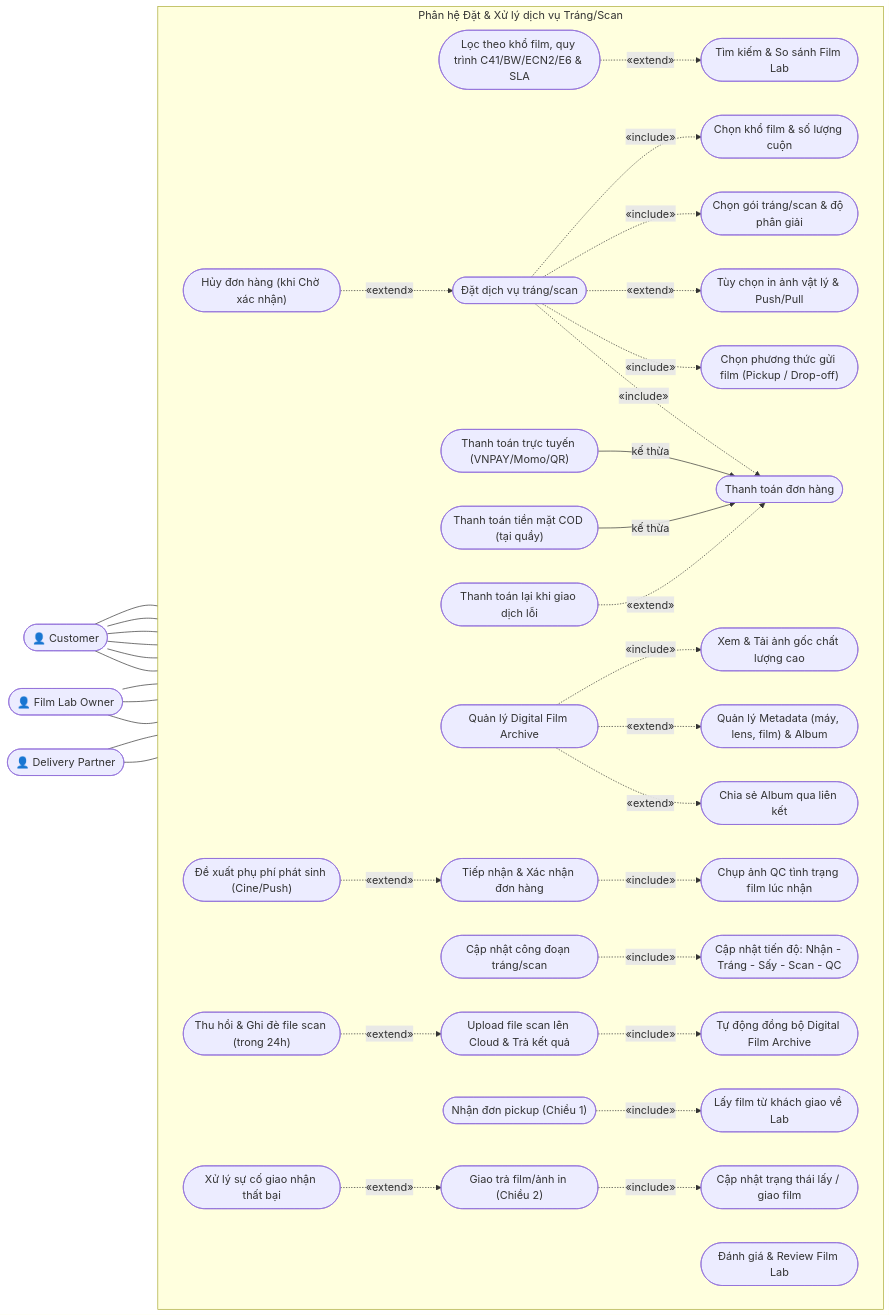
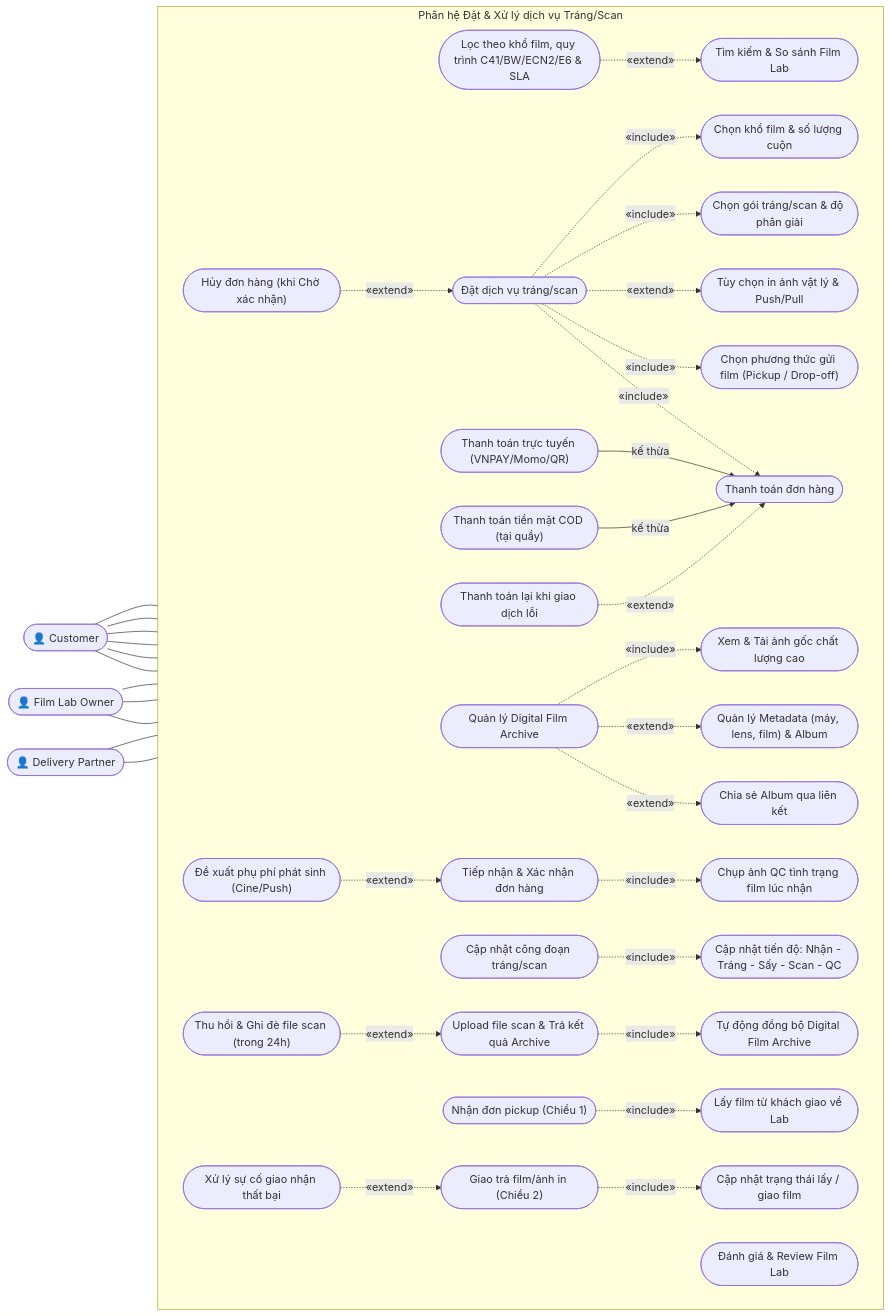
Before and after one commit to huylamnhat/Photographer-enthusiastic-environment: the second of 6 diagrams in doc/week 2/so-do-chuc-nang-nghiep-vu.md, drawn with Mermaid. The commit also changed other lines of this file and 3 other files, not shown here.

```diff
--- a/doc/week 2/so-do-chuc-nang-nghiep-vu.md
+++ b/doc/week 2/so-do-chuc-nang-nghiep-vu.md
@@ -118,7 +118,7 @@
         L2(["Cập nhật công đoạn tráng/scan"])
         L2a(["Cập nhật tiến độ: Nhận - Tráng - Sấy - Scan - QC"])
         
-        L3(["Upload file scan lên Cloud & Trả kết quả"])
+        L3(["Upload file scan & Trả kết quả Archive"])
         L3a(["Tự động đồng bộ Digital Film Archive"])
         L3b(["Thu hồi & Ghi đè file scan (trong 24h)"])
 
```
